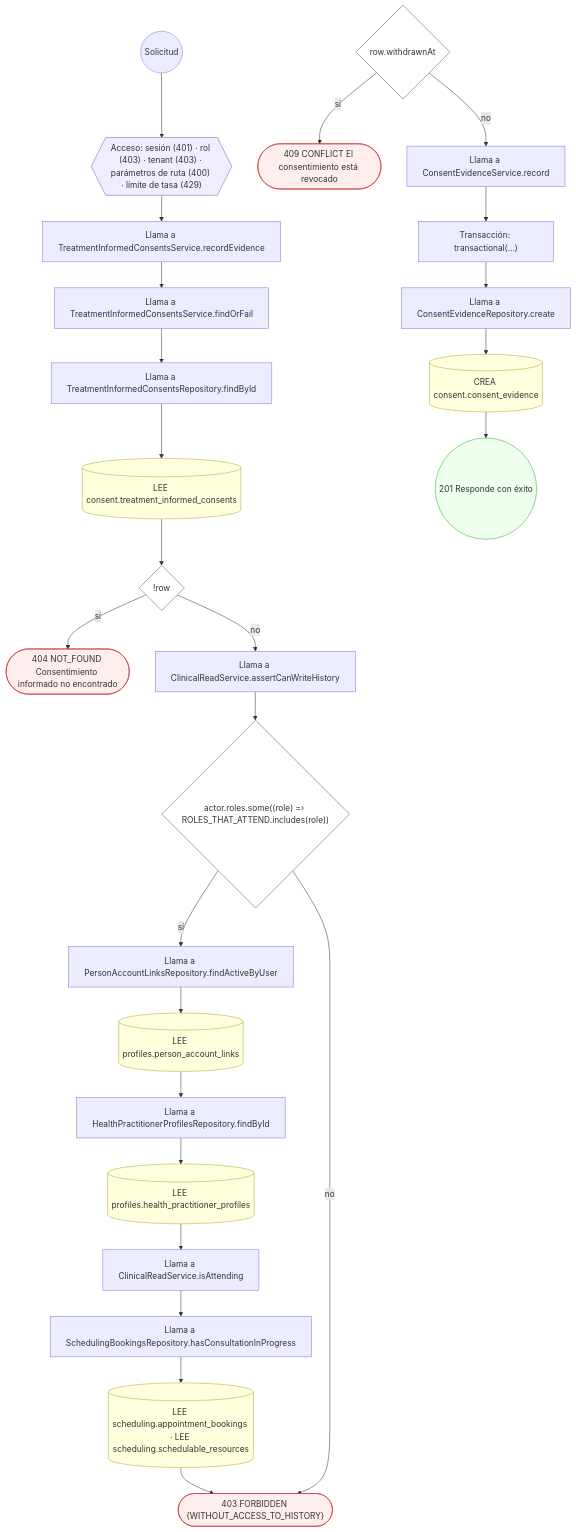
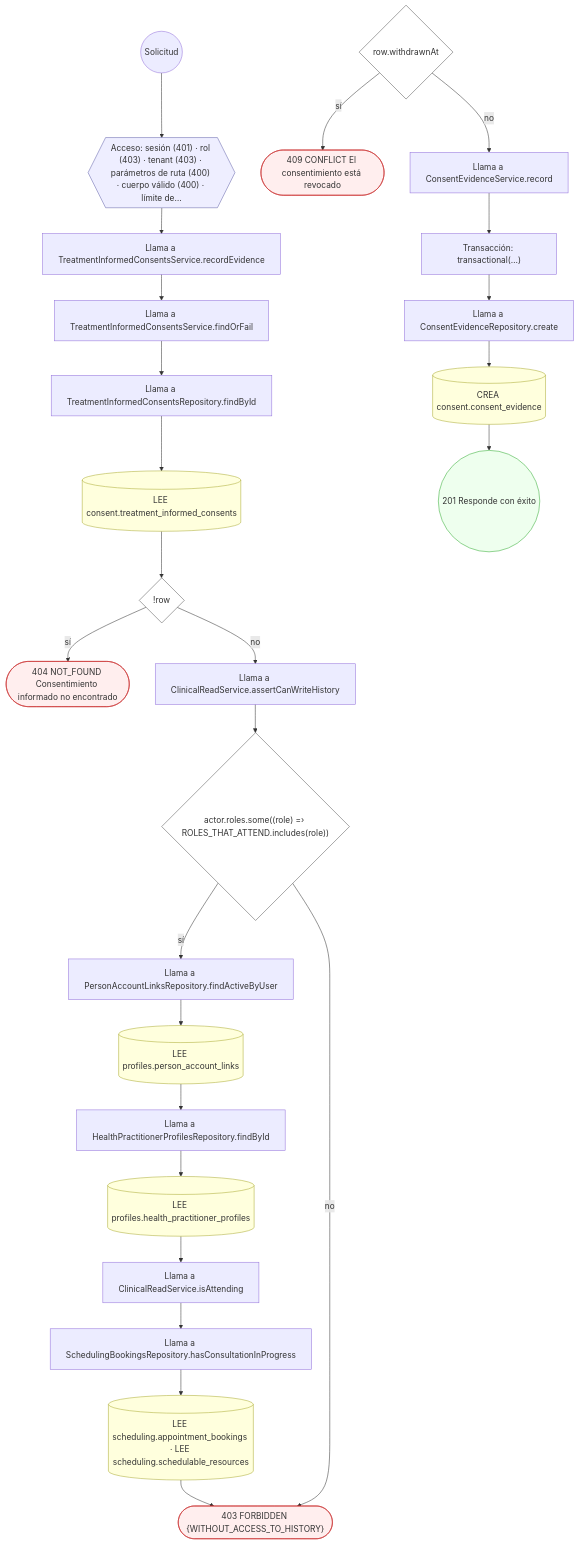
Diagram 23 of 25 in docs/inventario/flujos/consent.md (mdavila-2001/mantra-core-health-api), drawn with Mermaid before and after one commit. The commit also changed other lines of this file and 25 other files, not shown here.

````diff
--- a/docs/inventario/flujos/consent.md
+++ b/docs/inventario/flujos/consent.md
@@ -2156,58 +2157,58 @@
 ```mermaid
 flowchart TD
   n1(("Solicitud")):::inicio
-  n2{{"Acceso: sesión (401) · rol (403) · tenant (403) · parámetros de ruta (400) · límite de tasa (429)"}}:::acceso
+  n2{{"Acceso: sesión (401) · rol (403) · tenant (403) · parámetros de ruta (400) · cuerpo válido (400) · límite de…"}}:::acceso
   n1 --> n2
   n3["Llama a TreatmentInformedConsentsService.recordEvidence"]:::llamada
   n2 --> n3
   n4["Llama a TreatmentInformedConsentsService.findOrFail"]:::llamada
   n3 --> n4
   n5["Llama a TreatmentInformedConsentsRepository.findById"]:::llamada
   n4 --> n5
   n6[("LEE consent.treatment_informed_consents")]:::efecto
   n5 --> n6
   n7{"!row"}:::decision
   n6 --> n7
   n8(["404 NOT_FOUND Consentimiento informado no encontrado"]):::error
   n7 -->|"sí"| n8
   n9["Llama a ClinicalReadService.assertCanWriteHistory"]:::llamada
   n7 -->|"no"| n9
   n10{"actor.roles.some((role) =› ROLES_THAT_ATTEND.includes(role))"}:::decision
   n9 --> n10
   n11["Llama a PersonAccountLinksRepository.findActiveByUser"]:::llamada
   n10 -->|"sí"| n11
   n12[("LEE profiles.person_account_links")]:::efecto
   n11 --> n12
   n13["Llama a HealthPractitionerProfilesRepository.findById"]:::llamada
   n12 --> n13
   n14[("LEE profiles.health_practitioner_profiles")]:::efecto
   n13 --> n14
   n15["Llama a ClinicalReadService.isAttending"]:::llamada
   n14 --> n15
   n16["Llama a SchedulingBookingsRepository.hasConsultationInProgress"]:::llamada
   n15 --> n16
   n17[("LEE scheduling.appointment_bookings · LEE scheduling.schedulable_resources")]:::efecto
   n16 --> n17
   n18(["403 FORBIDDEN {WITHOUT_ACCESS_TO_HISTORY}"]):::error
   n17 --> n18
   n10 -->|"no"| n18
   n19{"row.withdrawnAt"}:::decision
   n20(["409 CONFLICT El consentimiento está revocado"]):::error
   n19 -->|"sí"| n20
   n21["Llama a ConsentEvidenceService.record"]:::llamada
   n19 -->|"no"| n21
   n22["Transacción: transactional(…)"]:::transaccion
   n21 --> n22
   n23["Llama a ConsentEvidenceRepository.create"]:::llamada
   n22 --> n23
   n24[("CREA consent.consent_evidence")]:::efecto
   n23 --> n24
   n25(("201 Responde con éxito")):::ok
   n24 --> n25
   classDef acceso fill:#eef,stroke:#66a
   classDef error fill:#fee,stroke:#c33
   classDef ok fill:#efe,stroke:#3a3
   classDef efecto fill:#ffd,stroke:#aa3
   classDef decision fill:#fff,stroke:#555
   classDef corte fill:#eee,stroke:#999,stroke-dasharray: 4
 ```
````
